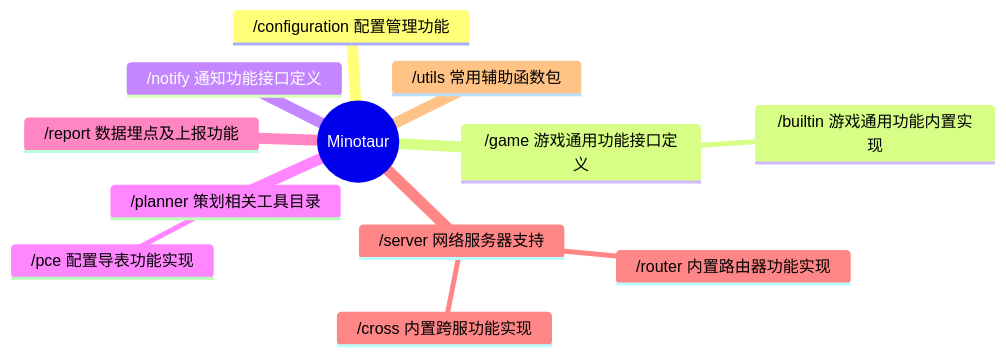
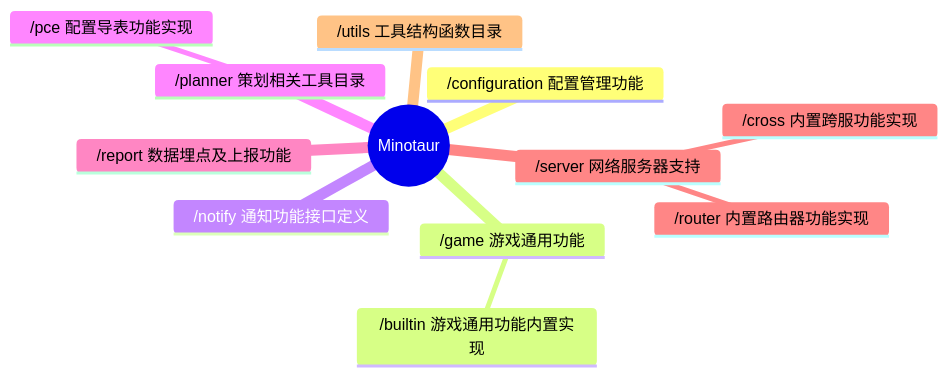
Before and after one commit to kercylan98/minotaur: the diagram in README.md, drawn with Mermaid. The commit also changed other lines of this file and 1 other file, not shown here.

````diff
--- a/README.md
+++ b/README.md
@@ -11,15 +11,15 @@
 ```mermaid
 mindmap
   root((Minotaur))
     /configuration 配置管理功能
-    /game 游戏通用功能接口定义
+    /game 游戏通用功能
       /builtin 游戏通用功能内置实现
     /notify 通知功能接口定义
     /planner 策划相关工具目录
       /pce 配置导表功能实现
     /report 数据埋点及上报功能
     /server 网络服务器支持
       /cross 内置跨服功能实现
       /router 内置路由器功能实现
-    /utils 常用辅助函数包
+    /utils 工具结构函数目录
 ```
````
